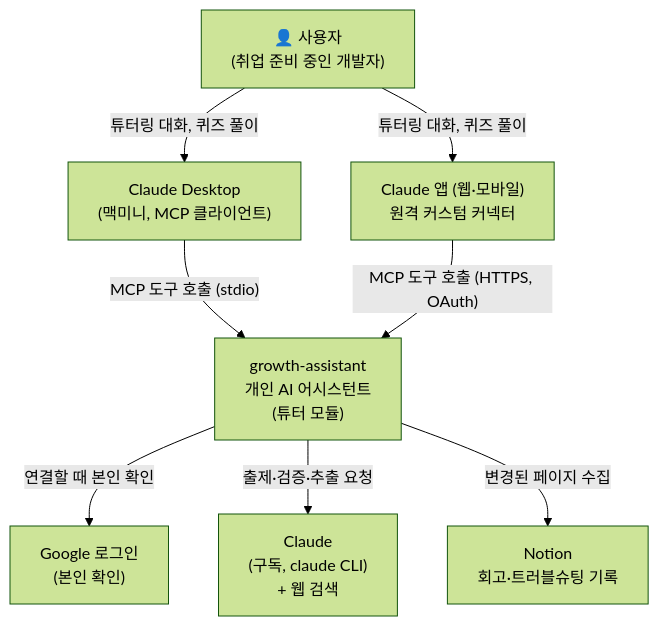
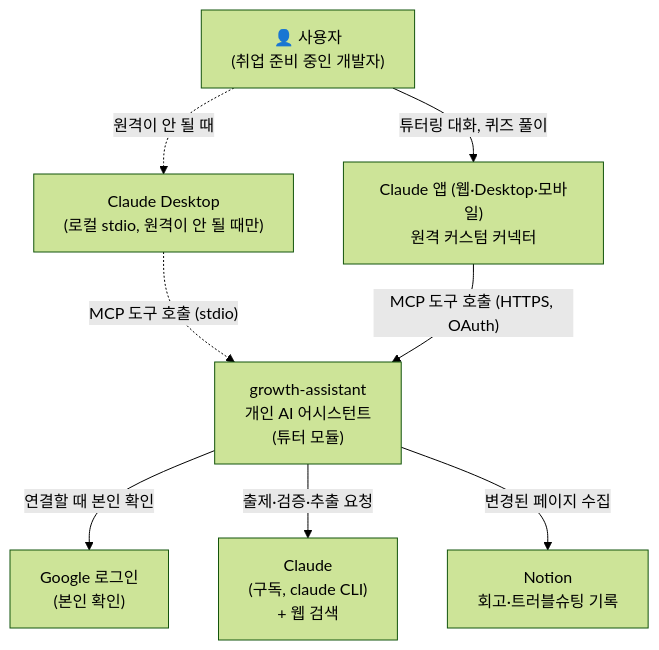
The diagram in docs/architecture/c4-1-context.md (Wonchang0314/growth-assistant), drawn with Mermaid (forest theme) before and after one commit. The commit also changed other lines of this file and 7 other files, not shown here.

````diff
--- a/docs/architecture/c4-1-context.md
+++ b/docs/architecture/c4-1-context.md
@@ -5,18 +5,18 @@
 ```mermaid
 flowchart TB
     user["👤 사용자<br/>(취업 준비 중인 개발자)"]
     ga["growth-assistant<br/>개인 AI 어시스턴트<br/>(튜터 모듈)"]
-    desktop["Claude Desktop<br/>(맥미니, MCP 클라이언트)"]
+    desktop["Claude Desktop<br/>(로컬 stdio, 원격이 안 될 때만)"]
     claude["Claude<br/>(구독, claude CLI)<br/>+ 웹 검색"]
     notion["Notion<br/>회고·트러블슈팅 기록"]
-    connector["Claude 앱 (웹·모바일)<br/>원격 커스텀 커넥터"]
+    connector["Claude 앱 (웹·Desktop·모바일)<br/>원격 커스텀 커넥터"]
     google["Google 로그인<br/>(본인 확인)"]
 
-    user -- "튜터링 대화, 퀴즈 풀이" --> desktop
+    user -. "원격이 안 될 때" .-> desktop
     user -- "튜터링 대화, 퀴즈 풀이" --> connector
-    desktop -- "MCP 도구 호출 (stdio)" --> ga
+    desktop -. "MCP 도구 호출 (stdio)" .-> ga
     connector -- "MCP 도구 호출 (HTTPS, OAuth)" --> ga
     ga -- "연결할 때 본인 확인" --> google
     ga -- "출제·검증·추출 요청" --> claude
     ga -- "변경된 페이지 수집" --> notion
 ```
````
